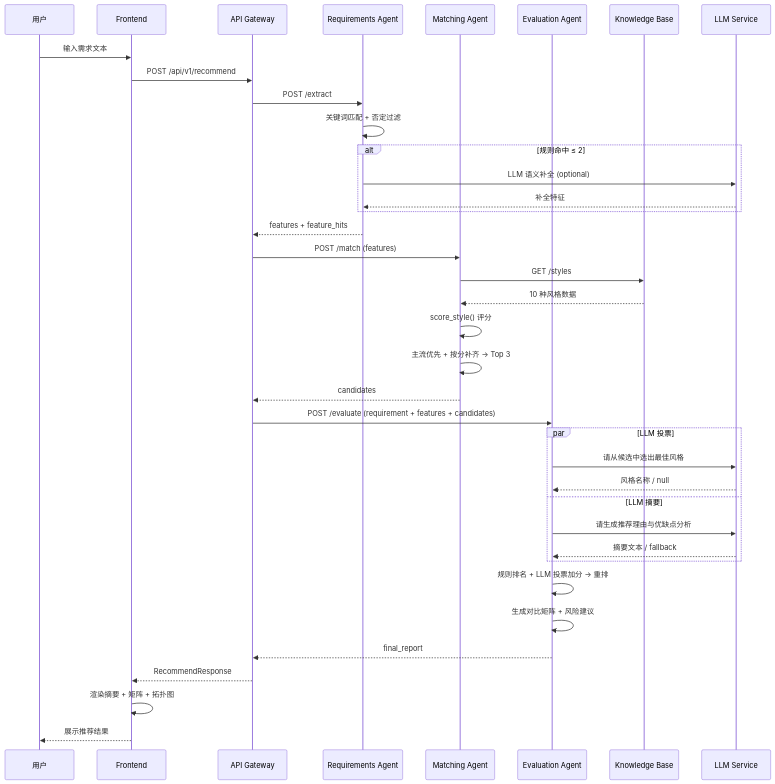
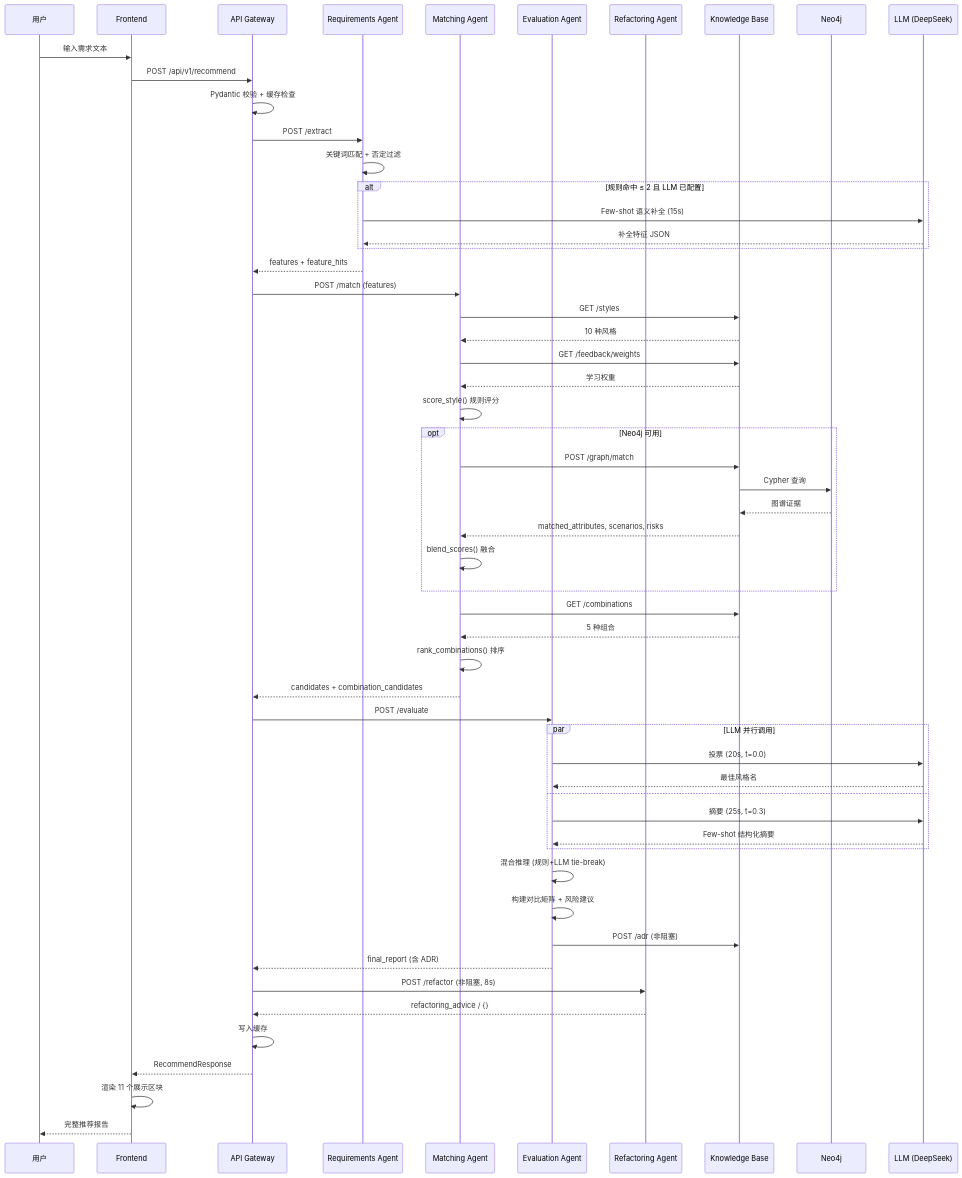
The fifth of 6 diagrams in docs/02-架构设计文档.md (zbhzbhzbh11/architecture-assistant), drawn with Mermaid before and after one commit. The commit also changed other lines of this file and 34 other files, not shown here.

````diff
--- a/docs/02-架构设计文档.md
+++ b/docs/02-架构设计文档.md
@@ -703,44 +361,64 @@
 ```mermaid
 sequenceDiagram
     participant U as 用户
     participant F as Frontend
     participant G as API Gateway
     participant R as Requirements Agent
     participant M as Matching Agent
     participant E as Evaluation Agent
+    participant Ref as Refactoring Agent
     participant K as Knowledge Base
-    participant L as LLM Service
+    participant Neo as Neo4j
+    participant L as LLM (DeepSeek)
 
     U->>F: 输入需求文本
     F->>G: POST /api/v1/recommend
+    G->>G: Pydantic 校验 + 缓存检查
+
     G->>R: POST /extract
     R->>R: 关键词匹配 + 否定过滤
-    alt 规则命中 ≤ 2
-        R->>L: LLM 语义补全 (optional)
-        L-->>R: 补全特征
+    alt 规则命中 ≤ 2 且 LLM 已配置
+        R->>L: Few-shot 语义补全 (15s)
+        L-->>R: 补全特征 JSON
     end
     R-->>G: features + feature_hits
 
     G->>M: POST /match (features)
     M->>K: GET /styles
-    K-->>M: 10 种风格数据
-    M->>M: score_style() 评分
-    M->>M: 主流优先 + 按分补齐 → Top 3
-    M-->>G: candidates
+    K-->>M: 10 种风格
+    M->>K: GET /feedback/weights
+    K-->>M: 学习权重
+    M->>M: score_style() 规则评分
+    opt Neo4j 可用
+        M->>K: POST /graph/match
+        K->>Neo: Cypher 查询
+        Neo-->>K: 图谱证据
+        K-->>M: matched_attributes, scenarios, risks
+        M->>M: blend_scores() 融合
+    end
+    M->>K: GET /combinations
+    K-->>M: 5 种组合
+    M->>M: rank_combinations() 排序
+    M-->>G: candidates + combination_candidates
 
-    G->>E: POST /evaluate (requirement + features + candidates)
-    par LLM 投票
-        E->>L: 请从候选中选出最佳风格
-        L-->>E: 风格名称 / null
-    and LLM 摘要
-        E->>L: 请生成推荐理由与优缺点分析
-        L-->>E: 摘要文本 / fallback
+    G->>E: POST /evaluate
+    par LLM 并行调用
+        E->>L: 投票 (20s, t=0.0)
+        L-->>E: 最佳风格名
+    and
+        E->>L: 摘要 (25s, t=0.3)
+        L-->>E: Few-shot 结构化摘要
     end
-    E->>E: 规则排名 + LLM 投票加分 → 重排
-    E->>E: 生成对比矩阵 + 风险建议
-    E-->>G: final_report
+    E->>E: 混合推理 (规则+LLM tie-break)
+    E->>E: 构建对比矩阵 + 风险建议
+    E->>K: POST /adr (非阻塞)
+    E-->>G: final_report (含 ADR)
 
+    G->>Ref: POST /refactor (非阻塞, 8s)
+    Ref-->>G: refactoring_advice / {}
+
+    G->>G: 写入缓存
     G-->>F: RecommendResponse
-    F->>F: 渲染摘要 + 矩阵 + 拓扑图
-    F-->>U: 展示推荐结果
+    F->>F: 渲染 11 个展示区块
+    F-->>U: 完整推荐报告
 ```
````
